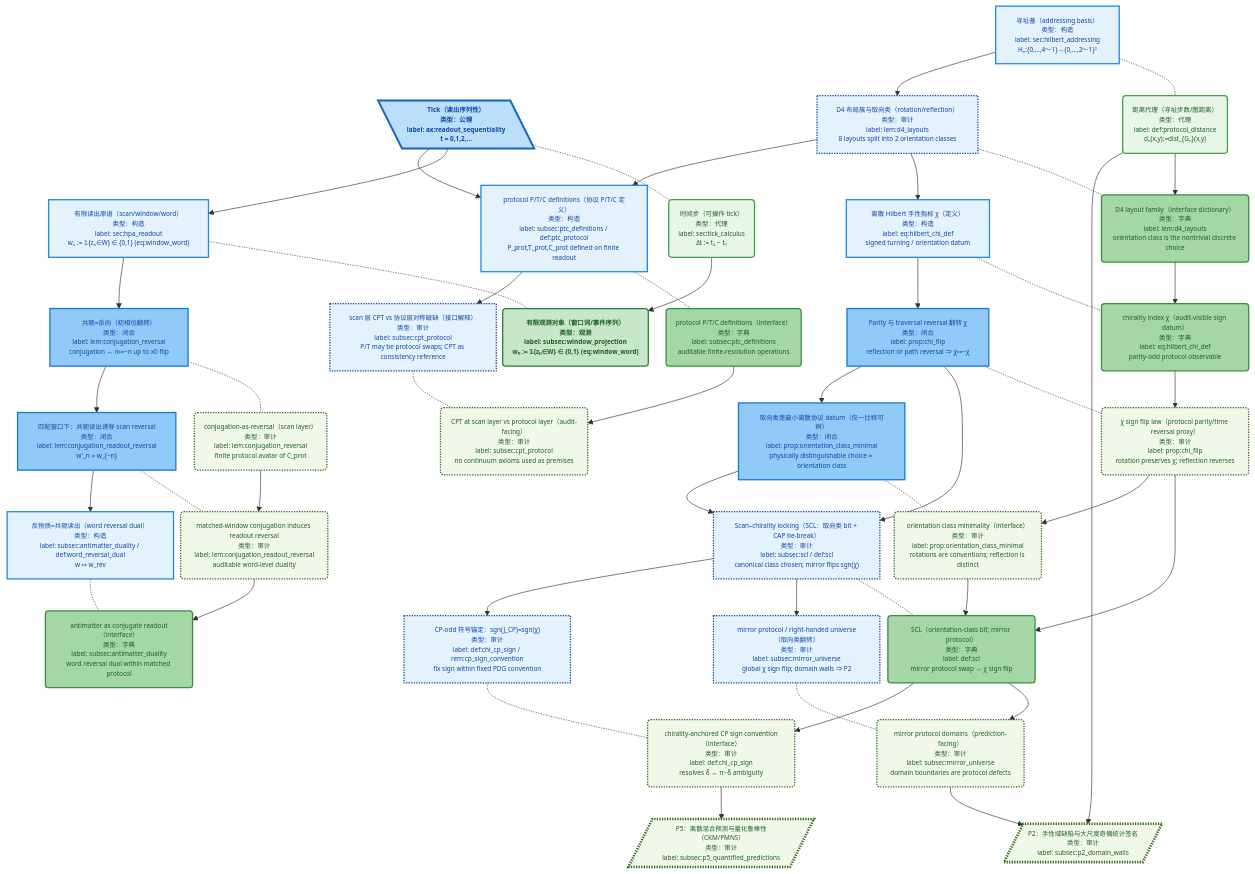
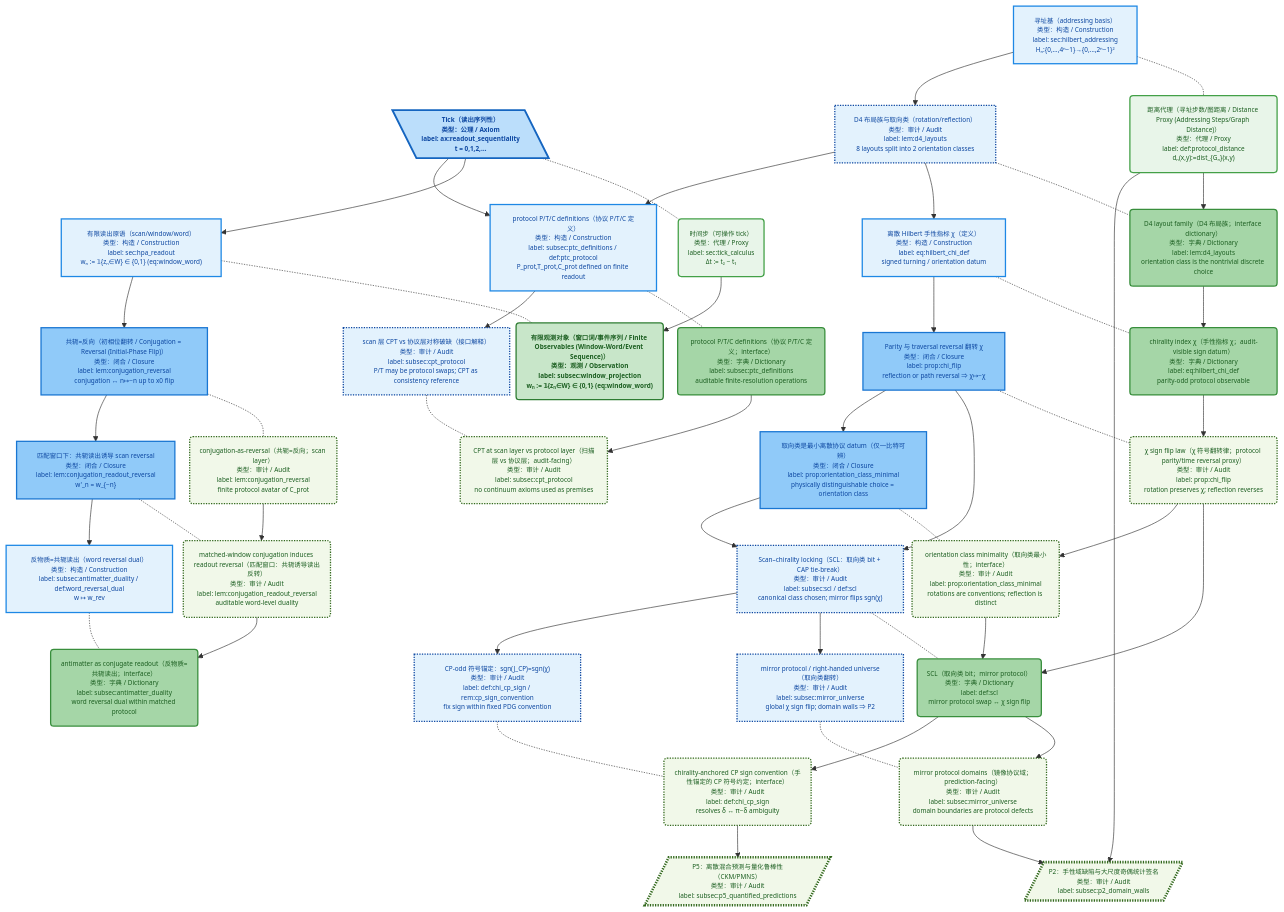
The fourth of 11 diagrams in docs/papers/2025_z128_standard_model_stable_sector_hpa_omega/architecture_dag.md (loning/the-omega), drawn with Mermaid before and after one commit. The commit also changed other lines of this file, not shown here.

First line of the commit message:
Update architecture DAG with bilingual terminology and enhanced clarity

```diff
--- a/docs/papers/2025_z128_standard_model_stable_sector_hpa_omega/architecture_dag.md
+++ b/docs/papers/2025_z128_standard_model_stable_sector_hpa_omega/architecture_dag.md
@@ -295,68 +295,68 @@
 %%{init: {"maxTextSize": 100000, "flowchart": {"useMaxWidth": false, "nodeSpacing": 10, "rankSpacing": 50}, "themeVariables": {"fontSize": "10px"}}}%%
 flowchart TB
 
-  M_tick@{ shape: lean-l, label: "Tick（读出序列性）<br/>类型：公理<br/>label: ax:readout_sequentiality<br/>t = 0,1,2,…" }
-  P_dt("时间步（可操作 tick）<br/>类型：代理<br/>label: sec:tick_calculus<br/>Δt := t₂ − t₁")
+  M_tick@{ shape: lean-l, label: "Tick（读出序列性）<br/>类型：公理 / Axiom<br/>label: ax:readout_sequentiality<br/>t = 0,1,2,…" }
+  P_dt("时间步（可操作 tick）<br/>类型：代理 / Proxy<br/>label: sec:tick_calculus<br/>Δt := t₂ − t₁")
   M_tick -.- P_dt
 
-  M_readout["有限读出原语（scan/window/word）<br/>类型：构造<br/>label: sec:hpa_readout<br/>wₙ := 𝟙{zₙ∈W} ∈ {0,1} (eq:window_word)"]
-  P_obs("有限观测对象（窗口词/事件序列）<br/>类型：观测<br/>label: subsec:window_projection<br/>wₙ := 𝟙{zₙ∈W} ∈ {0,1} (eq:window_word)")
+  M_readout["有限读出原语（scan/window/word）<br/>类型：构造 / Construction<br/>label: sec:hpa_readout<br/>wₙ := 𝟙{zₙ∈W} ∈ {0,1} (eq:window_word)"]
+  P_obs("有限观测对象（窗口词/事件序列 / Finite Observables (Window-Word/Event Sequence)）<br/>类型：观测 / Observation<br/>label: subsec:window_projection<br/>wₙ := 𝟙{zₙ∈W} ∈ {0,1} (eq:window_word)")
   M_readout -.- P_obs
 
-  M_addr["寻址基（addressing basis）<br/>类型：构造<br/>label: sec:hilbert_addressing<br/>Hₙ:{0,…,4ⁿ−1}→{0,…,2ⁿ−1}²"]
-  P_addr("距离代理（寻址步数/图距离）<br/>类型：代理<br/>label: def:protocol_distance<br/>dₙ(x,y):=dist_{Gₙ}(x,y)")
+  M_addr["寻址基（addressing basis）<br/>类型：构造 / Construction<br/>label: sec:hilbert_addressing<br/>Hₙ:{0,…,4ⁿ−1}→{0,…,2ⁿ−1}²"]
+  P_addr("距离代理（寻址步数/图距离 / Distance Proxy (Addressing Steps/Graph Distance)）<br/>类型：代理 / Proxy<br/>label: def:protocol_distance<br/>dₙ(x,y):=dist_{Gₙ}(x,y)")
   M_addr -.- P_addr
 
-  M_d4_layouts["D4 布局族与取向类（rotation/reflection）<br/>类型：审计<br/>label: lem:d4_layouts<br/>8 layouts split into 2 orientation classes"]
-  P_d4_layouts("D4 layout family（interface dictionary）<br/>类型：字典<br/>label: lem:d4_layouts<br/>orientation class is the nontrivial discrete choice")
+  M_d4_layouts["D4 布局族与取向类（rotation/reflection）<br/>类型：审计 / Audit<br/>label: lem:d4_layouts<br/>8 layouts split into 2 orientation classes"]
+  P_d4_layouts("D4 layout family（D4 布局族；interface dictionary）<br/>类型：字典 / Dictionary<br/>label: lem:d4_layouts<br/>orientation class is the nontrivial discrete choice")
   M_d4_layouts -.- P_d4_layouts
 
-  M_chi_def["离散 Hilbert 手性指标 χ（定义）<br/>类型：构造<br/>label: eq:hilbert_chi_def<br/>signed turning / orientation datum"]
-  P_chi_def("chirality index χ（audit-visible sign datum）<br/>类型：字典<br/>label: eq:hilbert_chi_def<br/>parity-odd protocol observable")
+  M_chi_def["离散 Hilbert 手性指标 χ（定义）<br/>类型：构造 / Construction<br/>label: eq:hilbert_chi_def<br/>signed turning / orientation datum"]
+  P_chi_def("chirality index χ（手性指标 χ；audit-visible sign datum）<br/>类型：字典 / Dictionary<br/>label: eq:hilbert_chi_def<br/>parity-odd protocol observable")
   M_chi_def -.- P_chi_def
 
-  M_chi_flip["Parity 与 traversal reversal 翻转 χ<br/>类型：闭合<br/>label: prop:chi_flip<br/>reflection or path reversal ⇒ χ↦−χ"]
-  P_chi_flip("χ sign flip law（protocol parity/time reversal proxy）<br/>类型：审计<br/>label: prop:chi_flip<br/>rotation preserves χ; reflection reverses")
+  M_chi_flip["Parity 与 traversal reversal 翻转 χ<br/>类型：闭合 / Closure<br/>label: prop:chi_flip<br/>reflection or path reversal ⇒ χ↦−χ"]
+  P_chi_flip("χ sign flip law（χ 符号翻转律；protocol parity/time reversal proxy）<br/>类型：审计 / Audit<br/>label: prop:chi_flip<br/>rotation preserves χ; reflection reverses")
   M_chi_flip -.- P_chi_flip
 
-  M_ptc_defs["protocol P/T/C definitions（协议 P/T/C 定义）<br/>类型：构造<br/>label: subsec:ptc_definitions / def:ptc_protocol<br/>P_prot,T_prot,C_prot defined on finite readout"]
-  P_ptc_defs("protocol P/T/C definitions（interface）<br/>类型：字典<br/>label: subsec:ptc_definitions<br/>auditable finite-resolution operations")
+  M_ptc_defs["protocol P/T/C definitions（协议 P/T/C 定义）<br/>类型：构造 / Construction<br/>label: subsec:ptc_definitions / def:ptc_protocol<br/>P_prot,T_prot,C_prot defined on finite readout"]
+  P_ptc_defs("protocol P/T/C definitions（协议 P/T/C 定义；interface）<br/>类型：字典 / Dictionary<br/>label: subsec:ptc_definitions<br/>auditable finite-resolution operations")
   M_ptc_defs -.- P_ptc_defs
 
-  M_scl["Scan–chirality locking（SCL：取向类 bit + CAP tie-break）<br/>类型：审计<br/>label: subsec:scl / def:scl<br/>canonical class chosen; mirror flips sgn(χ)"]
-  P_scl("SCL（orientation-class bit; mirror protocol）<br/>类型：字典<br/>label: def:scl<br/>mirror protocol swap ↔ χ sign flip")
+  M_scl["Scan–chirality locking（SCL：取向类 bit + CAP tie-break）<br/>类型：审计 / Audit<br/>label: subsec:scl / def:scl<br/>canonical class chosen; mirror flips sgn(χ)"]
+  P_scl("SCL（取向类 bit；mirror protocol）<br/>类型：字典 / Dictionary<br/>label: def:scl<br/>mirror protocol swap ↔ χ sign flip")
   M_scl -.- P_scl
 
-  M_orientation_min["取向类是最小离散协议 datum（仅一比特可辨）<br/>类型：闭合<br/>label: prop:orientation_class_minimal<br/>physically distinguishable choice = orientation class"]
-  P_orientation_min("orientation class minimality（interface）<br/>类型：审计<br/>label: prop:orientation_class_minimal<br/>rotations are conventions; reflection is distinct")
+  M_orientation_min["取向类是最小离散协议 datum（仅一比特可辨）<br/>类型：闭合 / Closure<br/>label: prop:orientation_class_minimal<br/>physically distinguishable choice = orientation class"]
+  P_orientation_min("orientation class minimality（取向类最小性；interface）<br/>类型：审计 / Audit<br/>label: prop:orientation_class_minimal<br/>rotations are conventions; reflection is distinct")
   M_orientation_min -.- P_orientation_min
 
-  M_conj_reversal["共轭=反向（初相位翻转）<br/>类型：闭合<br/>label: lem:conjugation_reversal<br/>conjugation ↔ n↦−n up to x0 flip"]
-  P_conj_reversal("conjugation-as-reversal（scan layer）<br/>类型：审计<br/>label: lem:conjugation_reversal<br/>finite protocol avatar of C_prot")
+  M_conj_reversal["共轭=反向（初相位翻转 / Conjugation = Reversal (Initial-Phase Flip)）<br/>类型：闭合 / Closure<br/>label: lem:conjugation_reversal<br/>conjugation ↔ n↦−n up to x0 flip"]
+  P_conj_reversal("conjugation-as-reversal（共轭=反向；scan layer）<br/>类型：审计 / Audit<br/>label: lem:conjugation_reversal<br/>finite protocol avatar of C_prot")
   M_conj_reversal -.- P_conj_reversal
 
-  M_conj_readout_rev["匹配窗口下：共轭读出诱导 scan reversal<br/>类型：闭合<br/>label: lem:conjugation_readout_reversal<br/>w'_n = w_{−n}"]
-  P_conj_readout_rev("matched-window conjugation induces readout reversal<br/>类型：审计<br/>label: lem:conjugation_readout_reversal<br/>auditable word-level duality")
+  M_conj_readout_rev["匹配窗口下：共轭读出诱导 scan reversal<br/>类型：闭合 / Closure<br/>label: lem:conjugation_readout_reversal<br/>w'_n = w_{−n}"]
+  P_conj_readout_rev("matched-window conjugation induces readout reversal（匹配窗口：共轭诱导读出反转）<br/>类型：审计 / Audit<br/>label: lem:conjugation_readout_reversal<br/>auditable word-level duality")
   M_conj_readout_rev -.- P_conj_readout_rev
 
-  M_antimatter_dual["反物质=共轭读出（word reversal dual）<br/>类型：构造<br/>label: subsec:antimatter_duality / def:word_reversal_dual<br/>w ↦ w_rev"]
-  P_antimatter_dual("antimatter as conjugate readout（interface）<br/>类型：字典<br/>label: subsec:antimatter_duality<br/>word reversal dual within matched protocol")
+  M_antimatter_dual["反物质=共轭读出（word reversal dual）<br/>类型：构造 / Construction<br/>label: subsec:antimatter_duality / def:word_reversal_dual<br/>w ↦ w_rev"]
+  P_antimatter_dual("antimatter as conjugate readout（反物质=共轭读出；interface）<br/>类型：字典 / Dictionary<br/>label: subsec:antimatter_duality<br/>word reversal dual within matched protocol")
   M_antimatter_dual -.- P_antimatter_dual
 
-  M_cp_sign_anchor["CP-odd 符号锚定：sgn(J_CP)=sgn(χ)<br/>类型：审计<br/>label: def:chi_cp_sign / rem:cp_sign_convention<br/>fix sign within fixed PDG convention"]
-  P_cp_sign_anchor("chirality-anchored CP sign convention（interface）<br/>类型：审计<br/>label: def:chi_cp_sign<br/>resolves δ ↔ π−δ ambiguity")
+  M_cp_sign_anchor["CP-odd 符号锚定：sgn(J_CP)=sgn(χ)<br/>类型：审计 / Audit<br/>label: def:chi_cp_sign / rem:cp_sign_convention<br/>fix sign within fixed PDG convention"]
+  P_cp_sign_anchor("chirality-anchored CP sign convention（手性锚定的 CP 符号约定；interface）<br/>类型：审计 / Audit<br/>label: def:chi_cp_sign<br/>resolves δ ↔ π−δ ambiguity")
   M_cp_sign_anchor -.- P_cp_sign_anchor
 
-  M_cpt_protocol["scan 层 CPT vs 协议层对称破缺（接口解释）<br/>类型：审计<br/>label: subsec:cpt_protocol<br/>P/T may be protocol swaps; CPT as consistency reference"]
-  P_cpt_protocol("CPT at scan layer vs protocol layer（audit-facing）<br/>类型：审计<br/>label: subsec:cpt_protocol<br/>no continuum axioms used as premises")
+  M_cpt_protocol["scan 层 CPT vs 协议层对称破缺（接口解释）<br/>类型：审计 / Audit<br/>label: subsec:cpt_protocol<br/>P/T may be protocol swaps; CPT as consistency reference"]
+  P_cpt_protocol("CPT at scan layer vs protocol layer（扫描层 vs 协议层；audit-facing）<br/>类型：审计 / Audit<br/>label: subsec:cpt_protocol<br/>no continuum axioms used as premises")
   M_cpt_protocol -.- P_cpt_protocol
 
-  M_mirror_universe["mirror protocol / right-handed universe（取向类翻转）<br/>类型：审计<br/>label: subsec:mirror_universe<br/>global χ sign flip; domain walls ⇒ P2"]
-  P_mirror_universe("mirror protocol domains（prediction-facing）<br/>类型：审计<br/>label: subsec:mirror_universe<br/>domain boundaries are protocol defects")
+  M_mirror_universe["mirror protocol / right-handed universe（取向类翻转）<br/>类型：审计 / Audit<br/>label: subsec:mirror_universe<br/>global χ sign flip; domain walls ⇒ P2"]
+  P_mirror_universe("mirror protocol domains（镜像协议域；prediction-facing）<br/>类型：审计 / Audit<br/>label: subsec:mirror_universe<br/>domain boundaries are protocol defects")
   M_mirror_universe -.- P_mirror_universe
 
-  P_p2@{ shape: lean-r, label: "P2：手性域缺陷与大尺度奇偶统计签名<br/>类型：审计<br/>label: subsec:p2_domain_walls" }
-  P_p5@{ shape: lean-r, label: "P5：离散混合预测与量化鲁棒性（CKM/PMNS）<br/>类型：审计<br/>label: subsec:p5_quantified_predictions" }
+  P_p2@{ shape: lean-r, label: "P2：手性域缺陷与大尺度奇偶统计签名<br/>类型：审计 / Audit<br/>label: subsec:p2_domain_walls" }
+  P_p5@{ shape: lean-r, label: "P5：离散混合预测与量化鲁棒性（CKM/PMNS）<br/>类型：审计 / Audit<br/>label: subsec:p5_quantified_predictions" }
 
   M_tick --> M_readout
   P_dt --> P_obs
```
